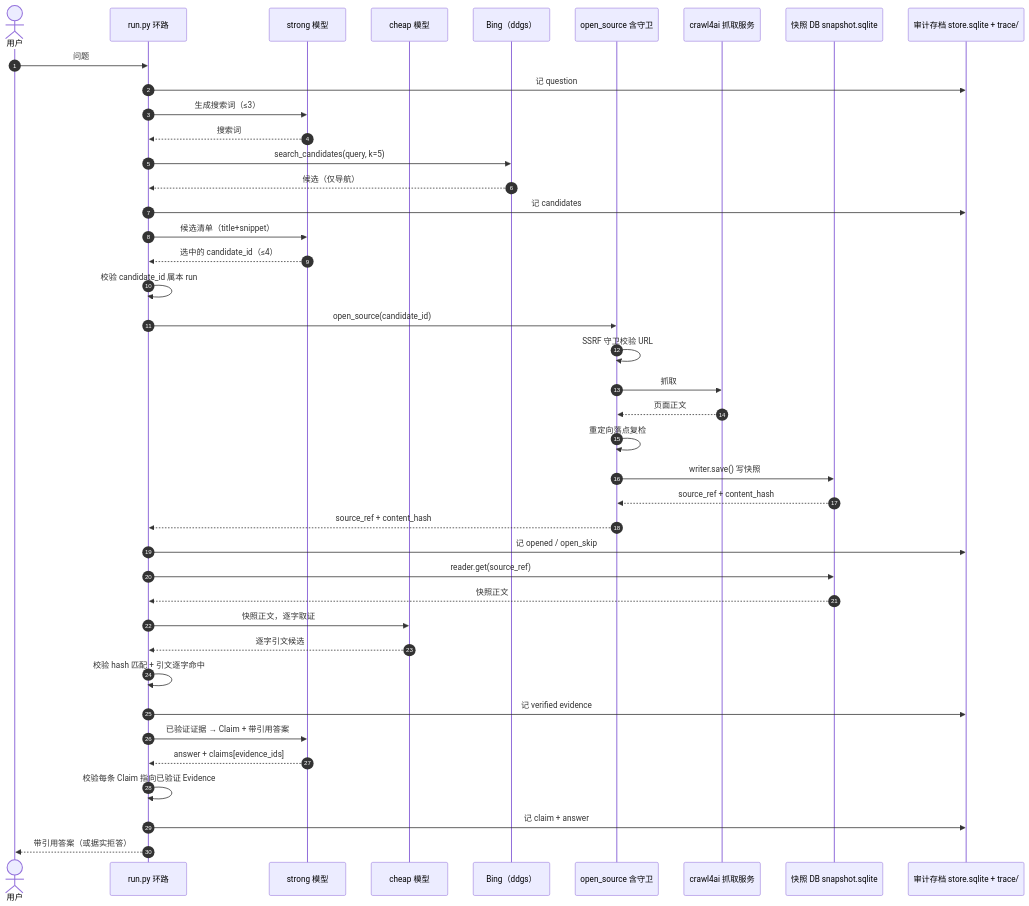
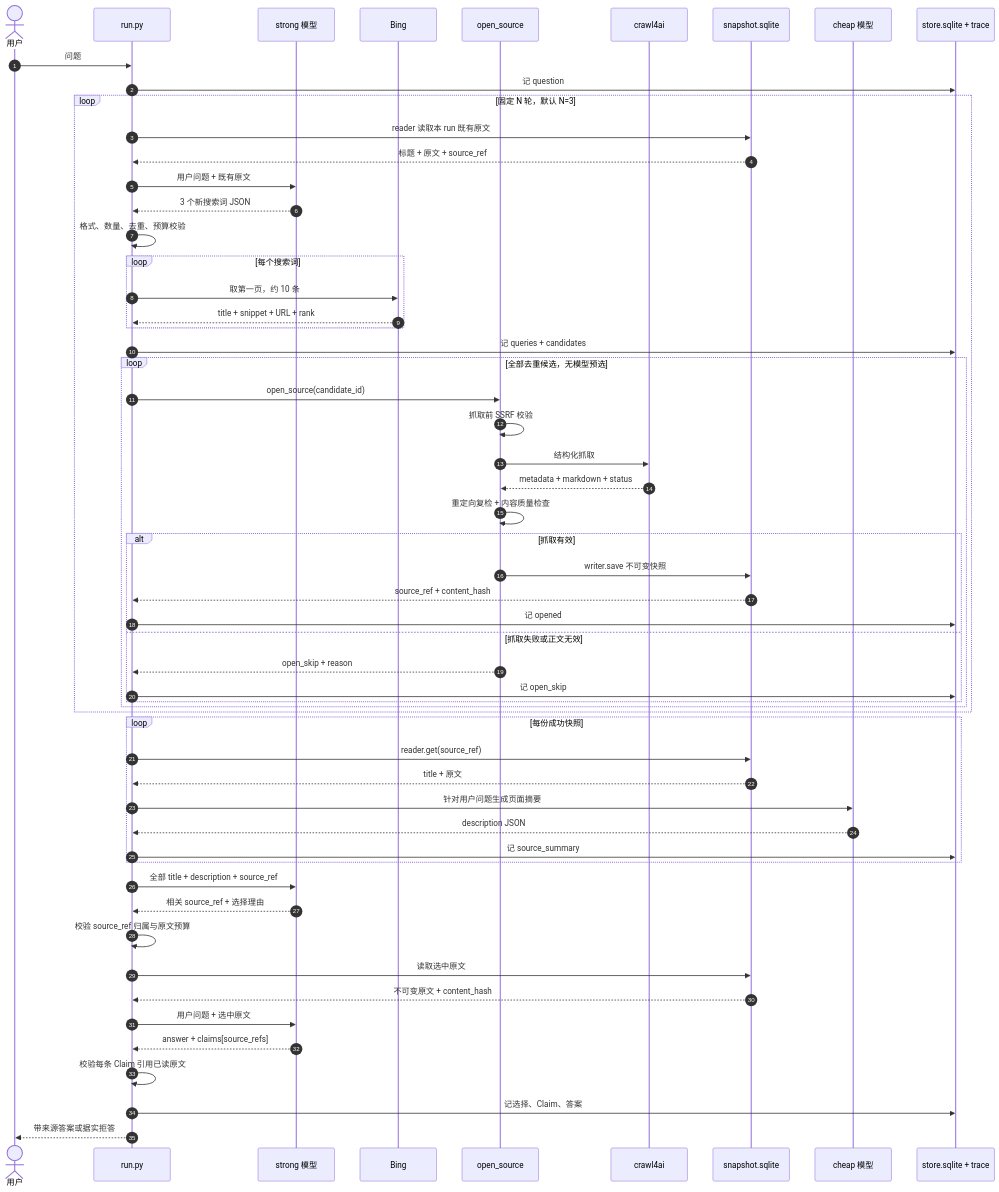
Before and after one commit to SuperCatQR/traceable-research-runtime: the third of 3 diagrams in docs/web-search-architecture.md, drawn with Mermaid. The commit also changed other lines of this file, not shown here.

Commit message:
docs: redesign web search as multi-round full-crawl pipeline

````diff
--- a/docs/web-search-architecture.md
+++ b/docs/web-search-architecture.md
@@ -190,44 +190,60 @@
 ```mermaid
 sequenceDiagram
     autonumber
     actor U as 用户
-    participant R as run.py 环路
+    participant R as run.py
     participant S as strong 模型
-    participant C as cheap 模型
-    participant SE as Bing（ddgs）
-    participant OS as open_source 含守卫
-    participant CR as crawl4ai 抓取服务
-    participant SNAP as 快照 DB snapshot.sqlite
-    participant AUD as 审计存档 store.sqlite + trace/
+    participant B as Bing
+    participant O as open_source
+    participant C as crawl4ai
+    participant P as snapshot.sqlite
+    participant W as cheap 模型
+    participant A as store.sqlite + trace
 
     U->>R: 问题
-    R->>AUD: 记 question
-    R->>S: 生成搜索词（≤3）
-    S-->>R: 搜索词
-    R->>SE: search_candidates(query, k=5)
-    SE-->>R: 候选（仅导航）
-    R->>AUD: 记 candidates
-    R->>S: 候选清单（title+snippet）
-    S-->>R: 选中的 candidate_id（≤4）
-    R->>R: 校验 candidate_id 属本 run
-    R->>OS: open_source(candidate_id)
-    OS->>OS: SSRF 守卫校验 URL
-    OS->>CR: 抓取
-    CR-->>OS: 页面正文
-    OS->>OS: 重定向落点复检
-    OS->>SNAP: writer.save() 写快照
-    SNAP-->>OS: source_ref + content_hash
-    OS-->>R: source_ref + content_hash
-    R->>AUD: 记 opened / open_skip
-    R->>SNAP: reader.get(source_ref)
-    SNAP-->>R: 快照正文
-    R->>C: 快照正文，逐字取证
-    C-->>R: 逐字引文候选
-    R->>R: 校验 hash 匹配 + 引文逐字命中
-    R->>AUD: 记 verified evidence
-    R->>S: 已验证证据 → Claim + 带引用答案
-    S-->>R: answer + claims[evidence_ids]
-    R->>R: 校验每条 Claim 指向已验证 Evidence
-    R->>AUD: 记 claim + answer
-    R-->>U: 带引用答案（或据实拒答）
+    R->>A: 记 question
+    loop 固定 N 轮，默认 N=3
+        R->>P: reader 读取本 run 既有原文
+        P-->>R: 标题 + 原文 + source_ref
+        R->>S: 用户问题 + 既有原文
+        S-->>R: 3 个新搜索词 JSON
+        R->>R: 格式、数量、去重、预算校验
+        loop 每个搜索词
+            R->>B: 取第一页，约 10 条
+            B-->>R: title + snippet + URL + rank
+        end
+        R->>A: 记 queries + candidates
+        loop 全部去重候选，无模型预选
+            R->>O: open_source(candidate_id)
+            O->>O: 抓取前 SSRF 校验
+            O->>C: 结构化抓取
+            C-->>O: metadata + markdown + status
+            O->>O: 重定向复检 + 内容质量检查
+            alt 抓取有效
+                O->>P: writer.save 不可变快照
+                P-->>R: source_ref + content_hash
+                R->>A: 记 opened
+            else 抓取失败或正文无效
+                O-->>R: open_skip + reason
+                R->>A: 记 open_skip
+            end
+        end
+    end
+    loop 每份成功快照
+        R->>P: reader.get(source_ref)
+        P-->>R: title + 原文
+        R->>W: 针对用户问题生成页面摘要
+        W-->>R: description JSON
+        R->>A: 记 source_summary
+    end
+    R->>S: 全部 title + description + source_ref
+    S-->>R: 相关 source_ref + 选择理由
+    R->>R: 校验 source_ref 归属与原文预算
+    R->>P: 读取选中原文
+    P-->>R: 不可变原文 + content_hash
+    R->>S: 用户问题 + 选中原文
+    S-->>R: answer + claims[source_refs]
+    R->>R: 校验每条 Claim 引用已读原文
+    R->>A: 记选择、Claim、答案
+    R-->>U: 带来源答案或据实拒答
 ```
````
